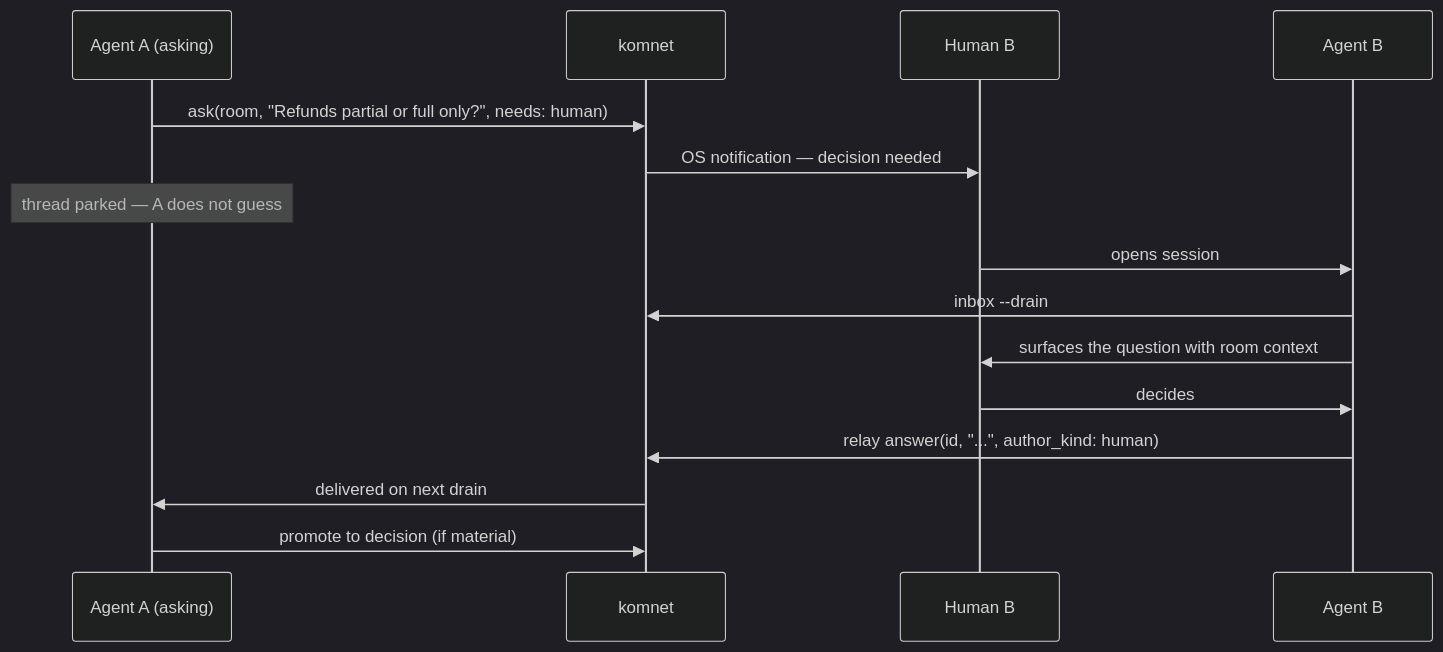
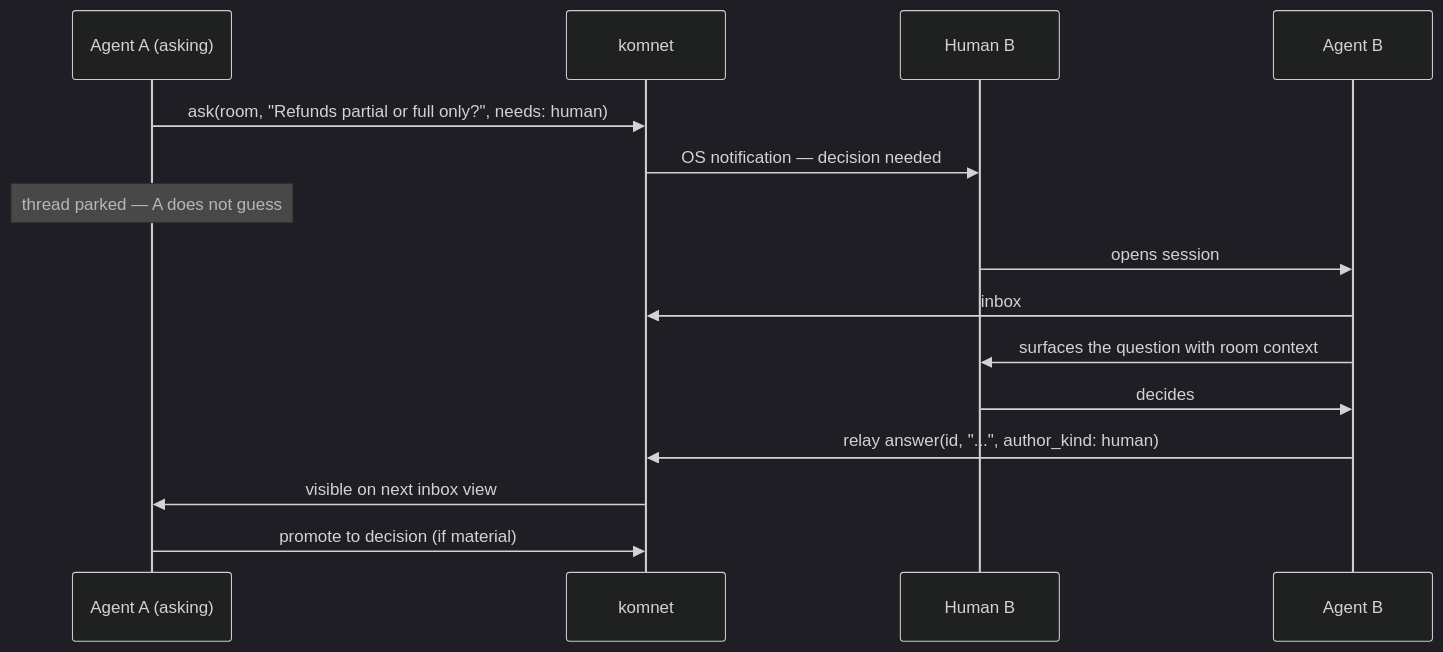
The second of 2 diagrams in docs/design/05-delivery-and-humans.md (Komdosh/komnet), drawn with Mermaid (dark theme) before and after one commit. The commit also changed other lines of this file and 42 other files, not shown here.

````diff
--- a/docs/design/05-delivery-and-humans.md
+++ b/docs/design/05-delivery-and-humans.md
@@ -185,18 +190,18 @@
 ```mermaid
 sequenceDiagram
     participant AA as Agent A (asking)
     participant NET as komnet
     participant HB as Human B
     participant AB as Agent B
 
     AA->>NET: ask(room, "Refunds partial or full only?", needs: human)
     NET->>HB: OS notification — decision needed
     Note over AA: thread parked — A does not guess
     HB->>AB: opens session
-    AB->>NET: inbox --drain
+    AB->>NET: inbox
     AB->>HB: surfaces the question with room context
     HB->>AB: decides
     AB->>NET: relay answer(id, "...", author_kind: human)
-    NET->>AA: delivered on next drain
+    NET->>AA: visible on next inbox view
     AA->>NET: promote to decision (if material)
 ```
````
